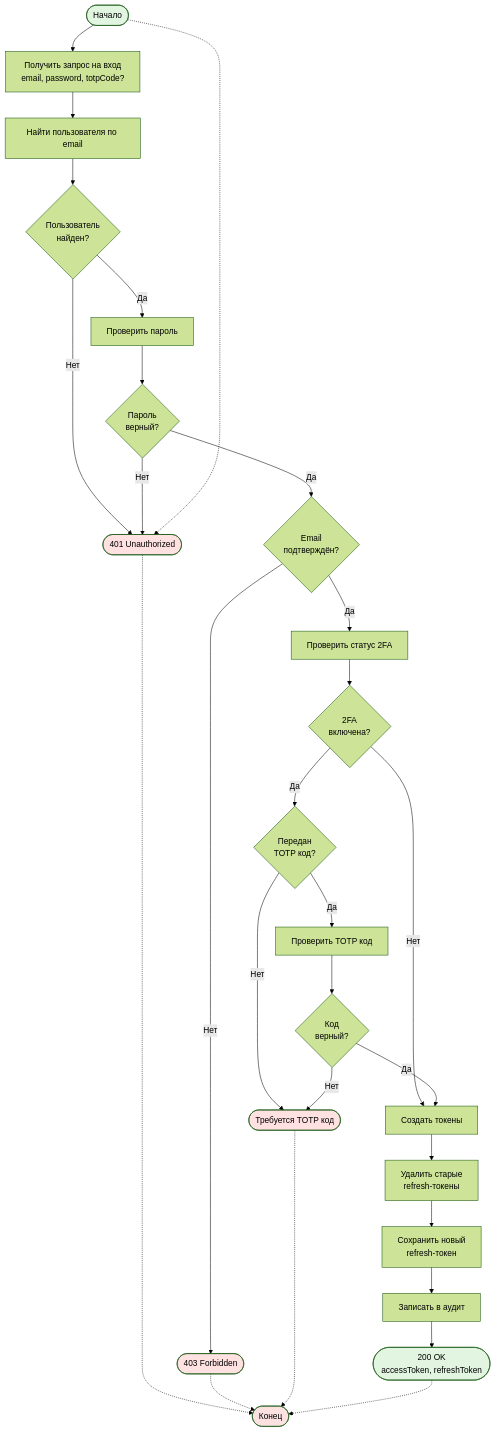
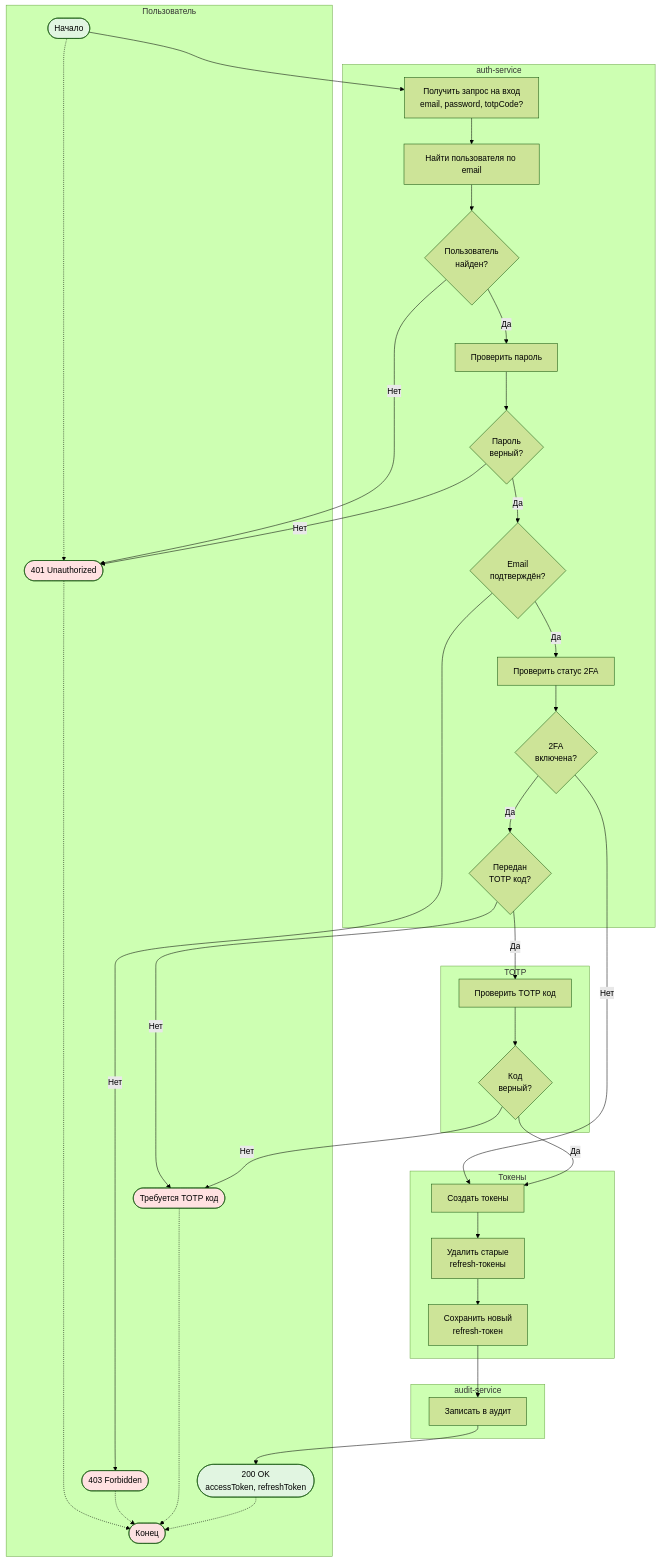
One commit to PawKorchagin/hrofos-domain-register changed the sixth of 9 diagrams in auth-service/README.md. Above: the diagram before and after it, drawn with Mermaid (forest theme). The commit also changed other lines of this file and 7 other files, not shown here.

````diff
--- a/auth-service/README.md
+++ b/auth-service/README.md
@@ -316,49 +316,81 @@
 ```mermaid
-flowchart TD
-    Start([Начало]) --> Receive[Получить запрос на вход<br/>email, password, totpCode?]
+flowchart TB
+    subgraph UserLane["         Пользователь"]
+        Start([Начало])
+        AuthFail([401 Unauthorized])
+        VerifyFail([403 Forbidden])
+        TOTPFail(["Требуется TOTP код"])
+        Return200([200 OK<br/>accessToken, refreshToken])
+        End([Конец])
+    end
 
-    Receive --> FindUser[Найти пользователя по email]
-    FindUser --> UserExists{Пользователь<br/>найден?}
+    subgraph AuthLane["         auth-service"]
+        Receive[Получить запрос на вход<br/>email, password, totpCode?]
+        FindUser[Найти пользователя по email]
+        UserExists{Пользователь<br/>найден?}
+        CheckPassword[Проверить пароль]
+        ValidPass{Пароль<br/>верный?}
+        CheckVerified{Email<br/>подтверждён?}
+        Check2FA[Проверить статус 2FA]
+        TwoFA{2FA<br/>включена?}
+        HasCode{Передан<br/>TOTP код?}
+    end
 
-    UserExists -- Нет --> AuthFail([401 Unauthorized])
-    UserExists -- Да --> CheckPassword[Проверить пароль]
+    subgraph TOTPLane["         TOTP"]
+        VerifyTOTP[Проверить TOTP код]
+        ValidTOTP{Код<br/>верный?}
+    end
 
-    CheckPassword --> ValidPass{Пароль<br/>верный?}
+    subgraph TokenLane["         Токены"]
+        GenerateTokens[Создать токены]
+        DeleteOld[Удалить старые<br/>refresh-токены]
+        SaveNew[Сохранить новый<br/>refresh-токен]
+    end
+
+    subgraph AuditLane["         audit-service"]
+        LogAudit[Записать в аудит]
+    end
+
+    Start --> Receive
+    Receive --> FindUser
+    FindUser --> UserExists
+    UserExists -- Нет --> AuthFail
+    UserExists -- Да --> CheckPassword
+
+    CheckPassword --> ValidPass
     ValidPass -- Нет --> AuthFail
-    ValidPass -- Да --> CheckVerified{Email<br/>подтверждён?}
+    ValidPass -- Да --> CheckVerified
 
-    CheckVerified -- Нет --> VerifyFail([403 Forbidden])
-    CheckVerified -- Да --> Check2FA[Проверить статус 2FA]
+    CheckVerified -- Нет --> VerifyFail
+    CheckVerified -- Да --> Check2FA
 
-    Check2FA --> TwoFA{2FA<br/>включена?}
+    Check2FA --> TwoFA
 
     TwoFA -- Нет --> GenerateTokens
-    TwoFA -- Да --> HasCode{Передан<br/>TOTP код?}
+    TwoFA -- Да --> HasCode
 
-    HasCode -- Нет --> TOTPFail(["Требуется TOTP код"])
-    HasCode -- Да --> VerifyTOTP[Проверить TOTP код]
+    HasCode -- Нет --> TOTPFail
+    HasCode -- Да --> VerifyTOTP
 
-    VerifyTOTP --> ValidTOTP{Код<br/>верный?}
+    VerifyTOTP --> ValidTOTP
     ValidTOTP -- Нет --> TOTPFail
-    ValidTOTP -- Да --> GenerateTokens[Создать токены]
+    ValidTOTP -- Да --> GenerateTokens
 
-    GenerateTokens --> DeleteOld[Удалить старые<br/>refresh-токены]
-    DeleteOld --> SaveNew[Сохранить новый<br/>refresh-токен]
-
-    SaveNew --> LogAudit[Записать в аудит]
-
-    LogAudit --> Return200([200 OK<br/>accessToken, refreshToken])
+    GenerateTokens --> DeleteOld
+    DeleteOld --> SaveNew
+    SaveNew --> LogAudit
+    LogAudit --> Return200
 
     Start -.-> AuthFail
-    AuthFail -.-> End([Конец])
+    AuthFail -.-> End
     VerifyFail -.-> End
     TOTPFail -.-> End
     Return200 -.-> End
 
     style Start fill:#e1f5e1
     style End fill:#fce1e1
     style Return200 fill:#e1f5e1
     style AuthFail fill:#ffe1e1
     style VerifyFail fill:#ffe1e1
     style TOTPFail fill:#ffe1e1
 ```
````
